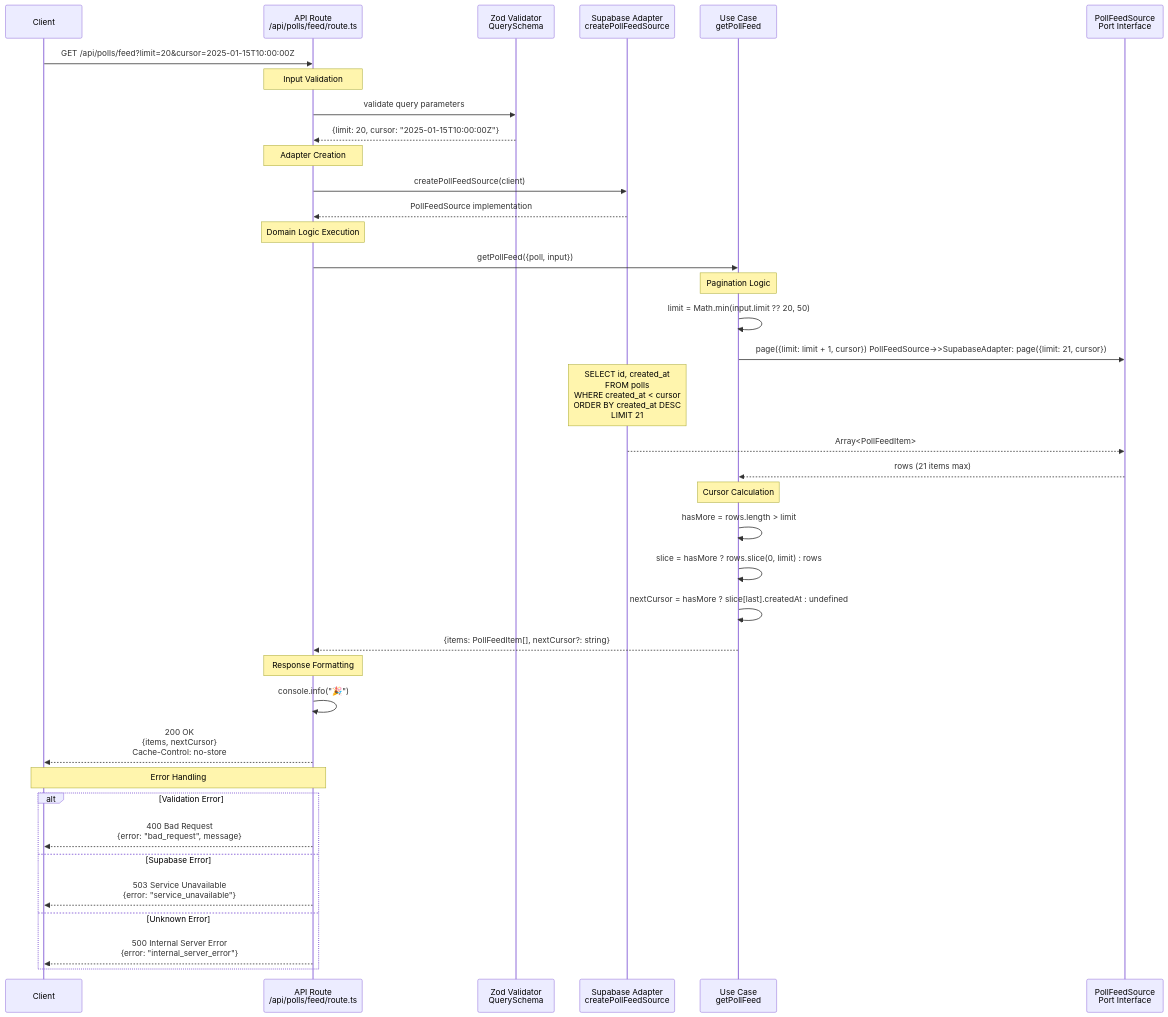
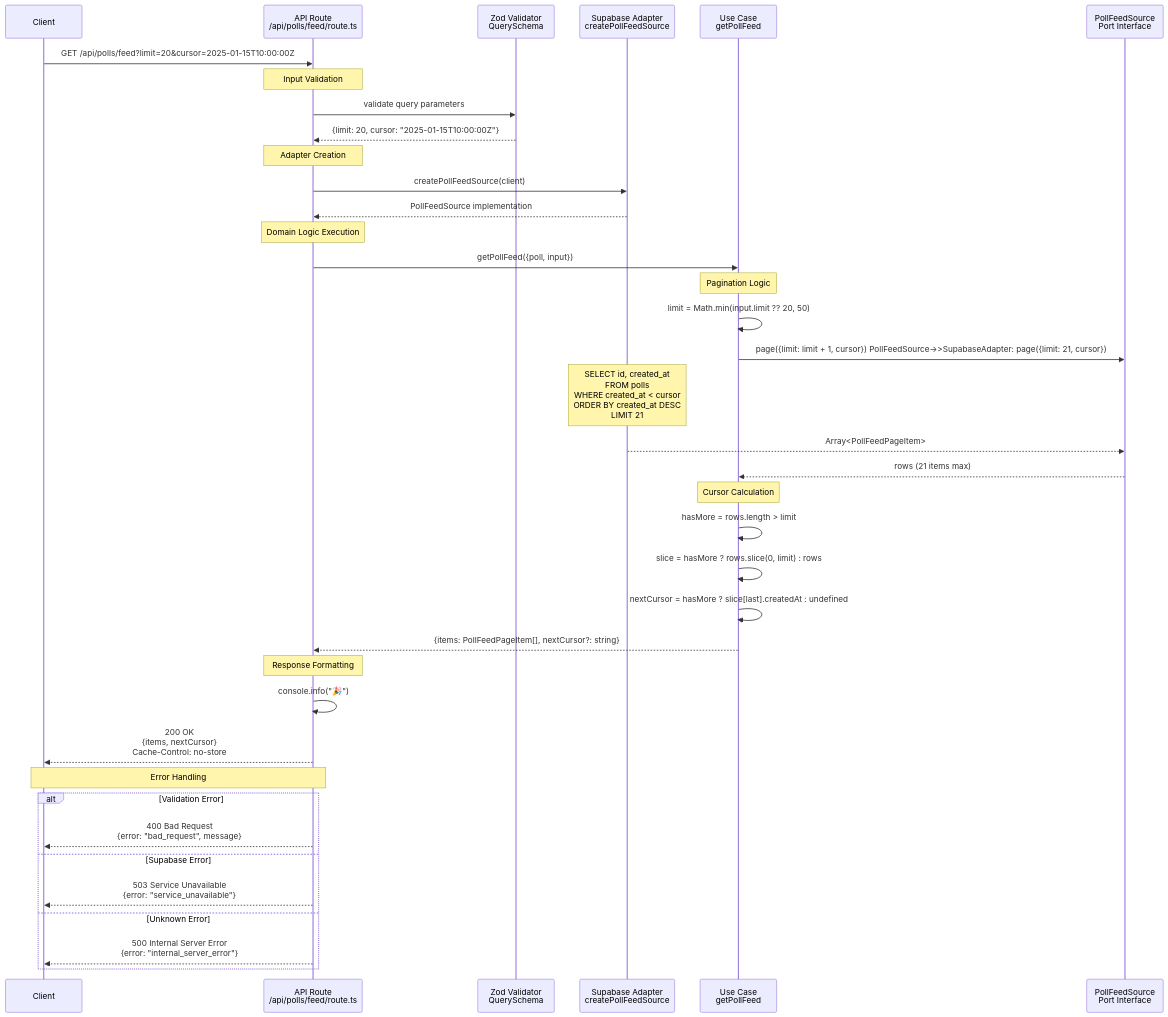
Before and after one commit to sandbox-as-a-service/directional-sentiment: the diagram in .github/sequence-diagrams/get-poll-feed.md, drawn with Mermaid. The commit also changed other lines of this file and 17 other files, not shown here.

````diff
--- a/.github/sequence-diagrams/get-poll-feed.md
+++ b/.github/sequence-diagrams/get-poll-feed.md
@@ -5,50 +5,50 @@
 ```mermaid
 sequenceDiagram
     participant Client
     participant Route as API Route<br/>/api/polls/feed/route.ts
     participant Zod as Zod Validator<br/>QuerySchema
     participant SupabaseAdapter as Supabase Adapter<br/>createPollFeedSource
     participant UseCase as Use Case<br/>getPollFeed
     participant PollFeedSource as PollFeedSource<br/>Port Interface
 
     Client->>Route: GET /api/polls/feed?limit=20&cursor=2025-01-15T10:00:00Z
 
     Note over Route: Input Validation
     Route->>Zod: validate query parameters
     Zod-->>Route: {limit: 20, cursor: "2025-01-15T10:00:00Z"}
 
     Note over Route: Adapter Creation
     Route->>SupabaseAdapter: createPollFeedSource(client)
     SupabaseAdapter-->>Route: PollFeedSource implementation
 
     Note over Route: Domain Logic Execution
     Route->>UseCase: getPollFeed({poll, input})
 
     Note over UseCase: Pagination Logic
     UseCase->>UseCase: limit = Math.min(input.limit ?? 20, 50)
     UseCase->>PollFeedSource: page({limit: limit + 1, cursor})    PollFeedSource->>SupabaseAdapter: page({limit: 21, cursor})
     Note over SupabaseAdapter: SELECT id, created_at<br/>FROM polls<br/>WHERE created_at < cursor<br/>ORDER BY created_at DESC<br/>LIMIT 21
-    SupabaseAdapter-->>PollFeedSource: Array<PollFeedItem>
+    SupabaseAdapter-->>PollFeedSource: Array<PollFeedPageItem>
 
     PollFeedSource-->>UseCase: rows (21 items max)
 
     Note over UseCase: Cursor Calculation
     UseCase->>UseCase: hasMore = rows.length > limit
     UseCase->>UseCase: slice = hasMore ? rows.slice(0, limit) : rows
     UseCase->>UseCase: nextCursor = hasMore ? slice[last].createdAt : undefined
 
-    UseCase-->>Route: {items: PollFeedItem[], nextCursor?: string}
+    UseCase-->>Route: {items: PollFeedPageItem[], nextCursor?: string}
 
     Note over Route: Response Formatting
     Route->>Route: console.info("🎉")
     Route-->>Client: 200 OK<br/>{items, nextCursor}<br/>Cache-Control: no-store
 
     Note over Route,Client: Error Handling
     alt Validation Error
         Route-->>Client: 400 Bad Request<br/>{error: "bad_request", message}
     else Supabase Error
         Route-->>Client: 503 Service Unavailable<br/>{error: "service_unavailable"}
     else Unknown Error
         Route-->>Client: 500 Internal Server Error<br/>{error: "internal_server_error"}
     end
 ```
````
